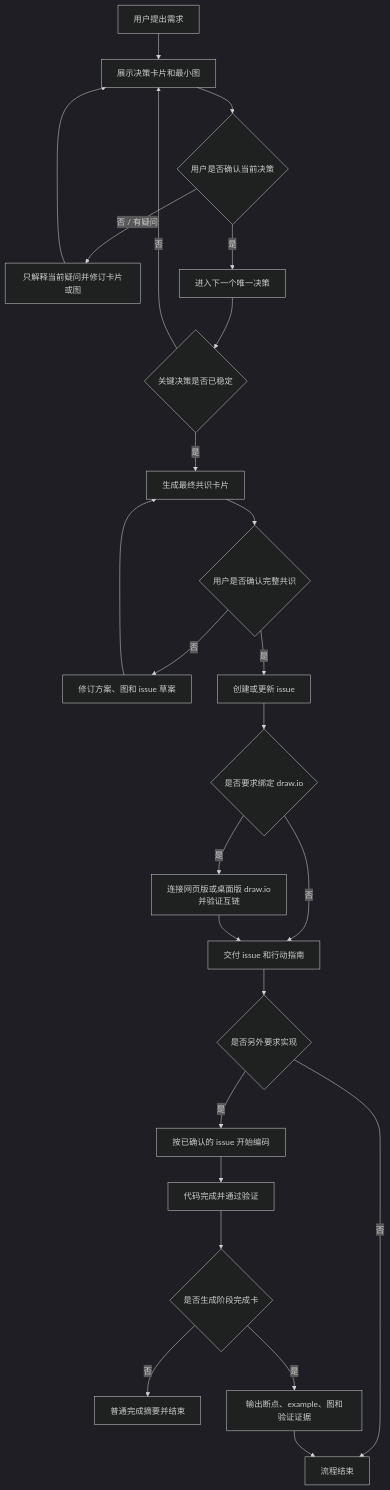
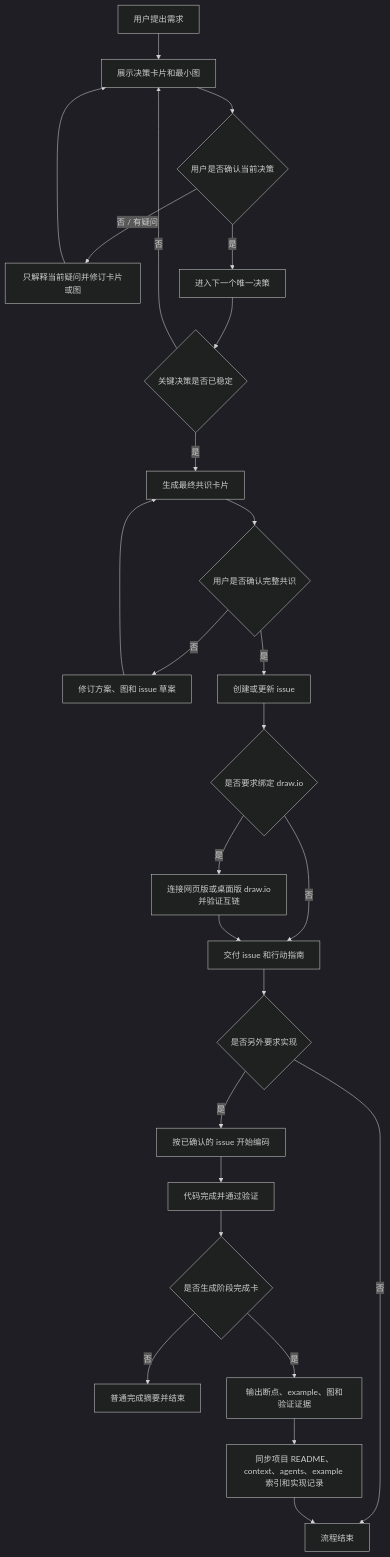
Before and after one commit to Chengyunlai/build-it-up: the diagram in README.md, drawn with Mermaid (dark theme). The commit also changed other lines of this file and 6 other files, not shown here.

````diff
--- a/README.md
+++ b/README.md
@@ -62,27 +64,28 @@
 ```mermaid
 flowchart TD
     A[用户提出需求] --> B[展示决策卡片和最小图]
     B --> C{用户是否确认当前决策}
     C -- 否 / 有疑问 --> D[只解释当前疑问并修订卡片或图]
     D --> B
     C -- 是 --> E[进入下一个唯一决策]
     E --> F{关键决策是否已稳定}
     F -- 否 --> B
     F -- 是 --> G[生成最终共识卡片]
     G --> H{用户是否确认完整共识}
     H -- 否 --> I[修订方案、图和 issue 草案]
     I --> G
     H -- 是 --> J[创建或更新 issue]
     J --> K{是否要求绑定 draw.io}
     K -- 否 --> L[交付 issue 和行动指南]
     K -- 是 --> M[连接网页版或桌面版 draw.io并验证互链]
     M --> L
     L --> N{是否另外要求实现}
     N -- 是 --> O[按已确认的 issue 开始编码]
     N -- 否 --> P[流程结束]
     O --> Q[代码完成并通过验证]
     Q --> R{是否生成阶段完成卡}
     R -- 否 --> S[普通完成摘要并结束]
     R -- 是 --> T[输出断点、example、图和验证证据]
-    T --> P
+    T --> U[同步项目 README、context、agents、example 索引和实现记录]
+    U --> P
 ```
````
